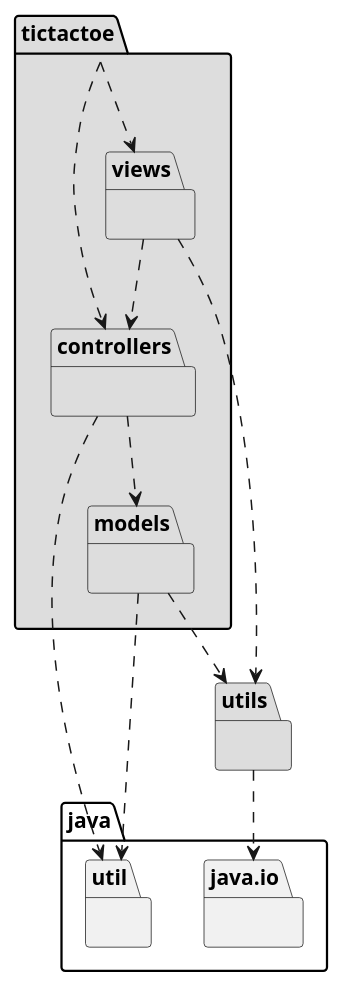
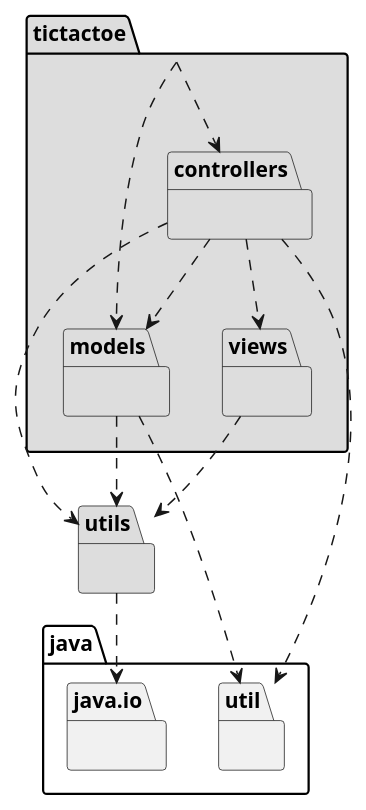
Before and after one commit to x-USantaTecla-game-ticTacToe/java: the first of 4 diagrams in docs/src/docs/asciidoc/index.adoc, drawn with PlantUML. The commit also changed other lines of this file and 69 other files, not shown here.

```diff
--- a/docs/src/docs/asciidoc/index.adoc
+++ b/docs/src/docs/asciidoc/index.adoc
@@ -37,25 +30,26 @@
-[plantuml,arquitecturaVersion9,svg]
+[plantuml,arquitecturaVersion15,svg]
 ....
 
 package tictactoe #DDDDDD { } 
-tictactoe .down.> tictactoe.views
+tictactoe .down.> tictactoe.models
 tictactoe .down.> tictactoe.controllers
 
 package tictactoe.controllers #DDDDDD { } 
 tictactoe.controllers .down.> tictactoe.models
+tictactoe.controllers .down.> tictactoe.views
 tictactoe.controllers .down.> java.util
+tictactoe.controllers .down.> utils
 
 package tictactoe.models #DDDDDD { }
 package java.util{ }
 tictactoe.models .down.> java.util
 tictactoe.models .down.> utils
 
 package utils #DDDDDD { } 
 package java.io{ }
 utils .down.> java.io
 
 package tictactoe.views #DDDDDD { } 
-tictactoe.views .down.> tictactoe.controllers
 tictactoe.views .down.> utils
 
 ....
```
